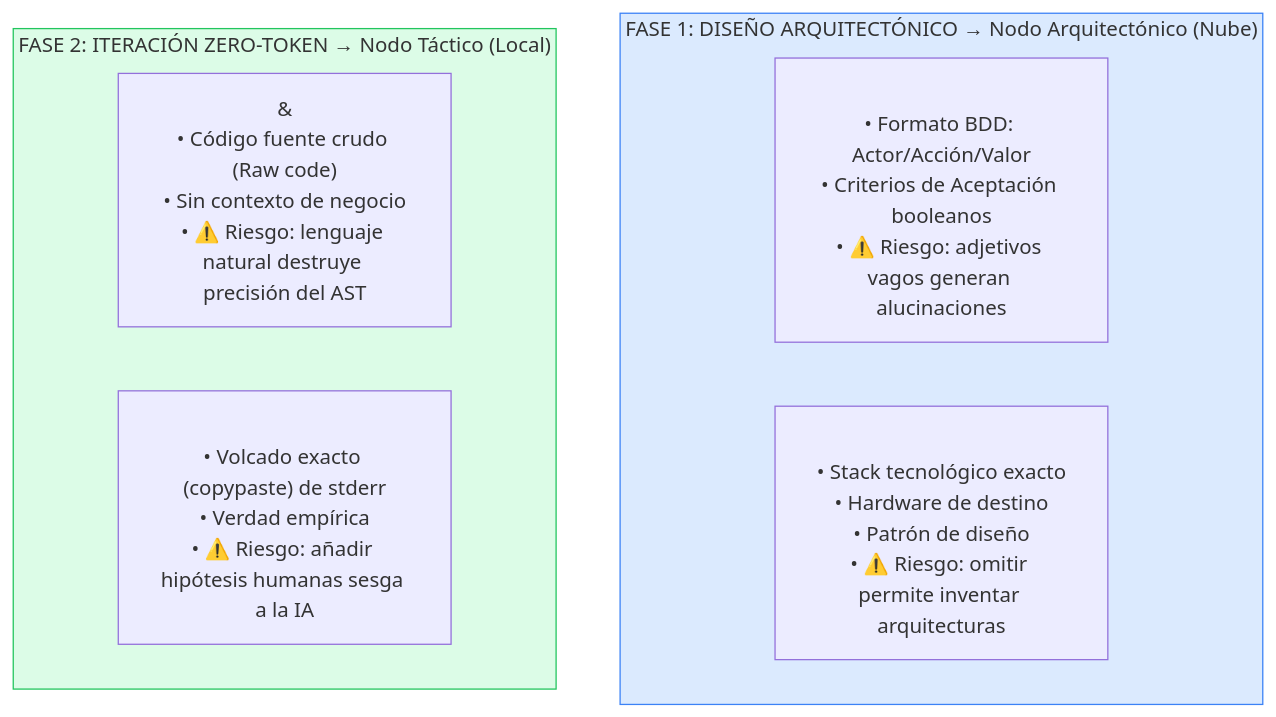
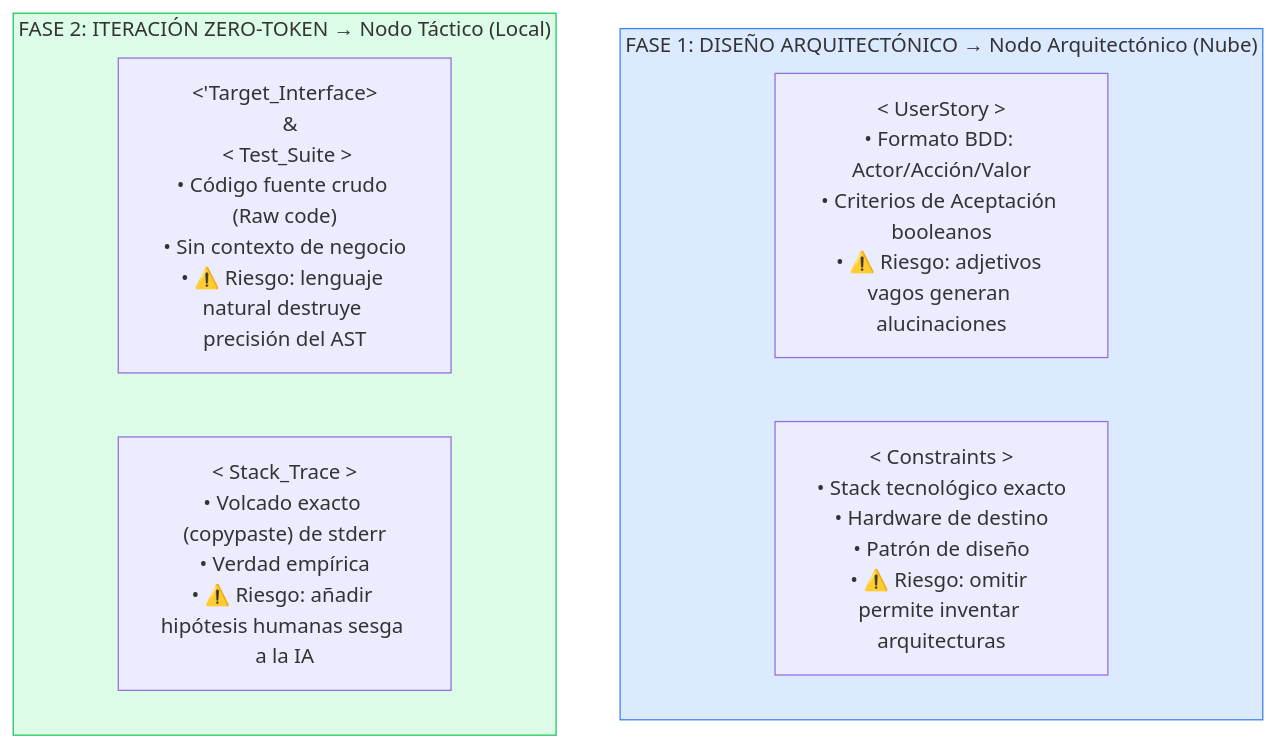
The diagram in docs/07-gobernanza-contexto.md (brunoguzman-dev/H-AXP), drawn with Mermaid before and after one commit. The commit also changed 9 other files, not shown here.

````diff
--- a/docs/07-gobernanza-contexto.md
+++ b/docs/07-gobernanza-contexto.md
@@ -135,15 +135,15 @@
 ```mermaid
 graph TD
     subgraph FASE1["FASE 1: DISEÑO ARQUITECTÓNICO → Nodo Arquitectónico (Nube)"]
-        US["<UserStory>\n• Formato BDD: Actor/Acción/Valor\n• Criterios de Aceptación booleanos\n• ⚠️ Riesgo: adjetivos vagos generan alucinaciones"]
-        CO["<Constraints>\n• Stack tecnológico exacto\n• Hardware de destino\n• Patrón de diseño\n• ⚠️ Riesgo: omitir permite inventar arquitecturas"]
+        US["< UserStory >\n• Formato BDD: Actor/Acción/Valor\n• Criterios de Aceptación booleanos\n• ⚠️ Riesgo: adjetivos vagos generan alucinaciones"]
+        CO["< Constraints >\n• Stack tecnológico exacto\n• Hardware de destino\n• Patrón de diseño\n• ⚠️ Riesgo: omitir permite inventar arquitecturas"]
     end
 
     subgraph FASE2["FASE 2: ITERACIÓN ZERO-TOKEN → Nodo Táctico (Local)"]
-        TI["<Target_Interface> & <Test_Suite>\n• Código fuente crudo (Raw code)\n• Sin contexto de negocio\n• ⚠️ Riesgo: lenguaje natural destruye precisión del AST"]
-        ST["<Stack_Trace>\n• Volcado exacto (copypaste) de stderr\n• Verdad empírica\n• ⚠️ Riesgo: añadir hipótesis humanas sesga a la IA"]
+        TI["<'Target_Interface>\n  &\n < Test_Suite >\n• Código fuente crudo (Raw code)\n• Sin contexto de negocio\n• ⚠️ Riesgo: lenguaje natural destruye precisión del AST"]
+        ST["< Stack_Trace >\n• Volcado exacto (copypaste) de stderr\n• Verdad empírica\n• ⚠️ Riesgo: añadir hipótesis humanas sesga a la IA"]
     end
 
     style FASE1 fill:#dbeafe,stroke:#3b82f6
     style FASE2 fill:#dcfce7,stroke:#22c55e
 ```
````
